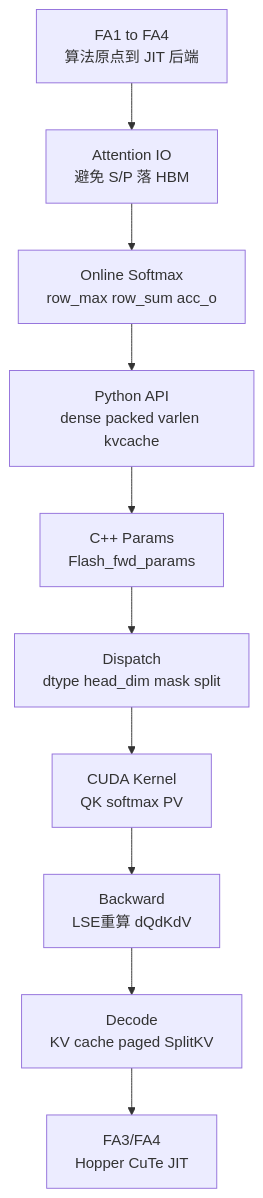
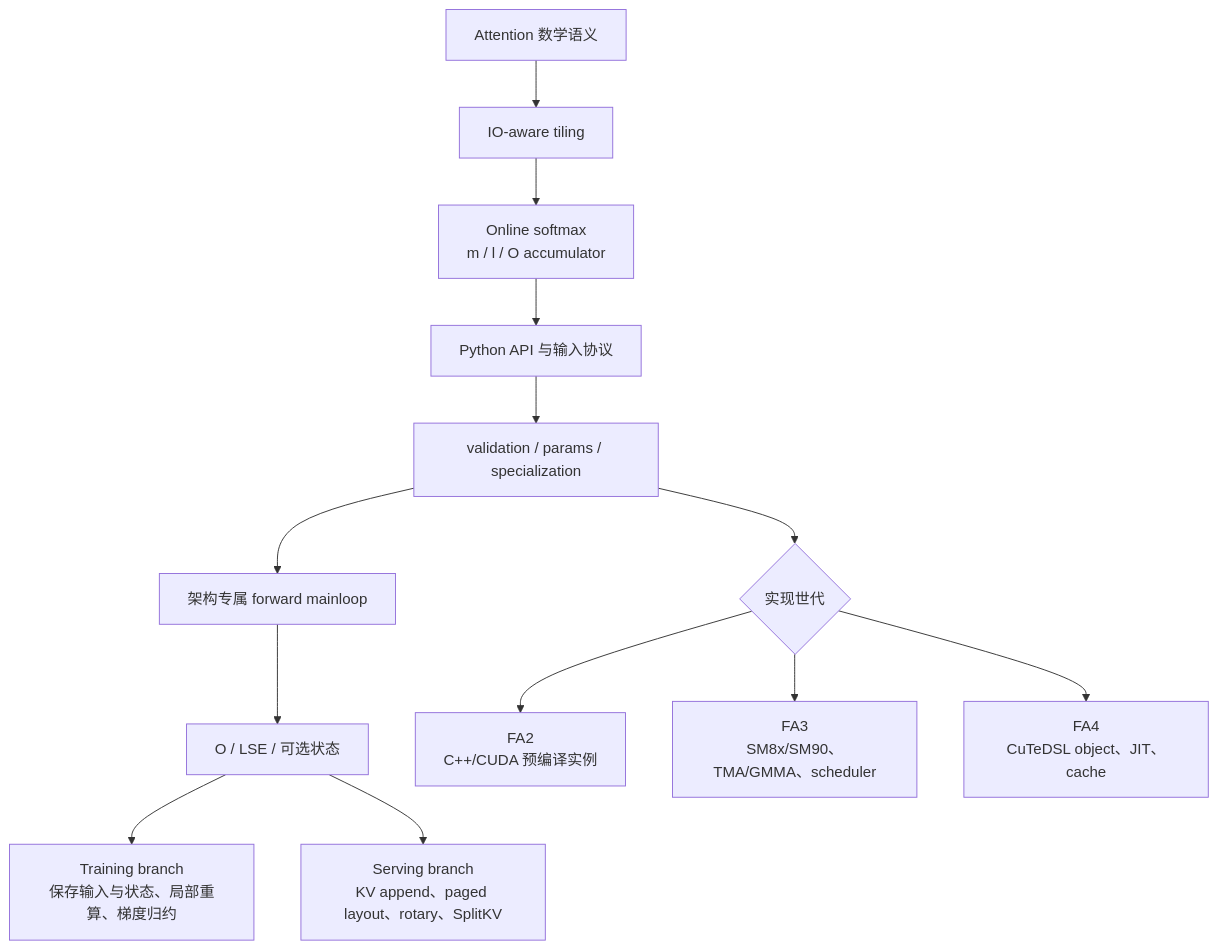
Before and after one commit to OnlyHero5/sglang-reading-vault: the first of 2 diagrams in flash-attn_reading/总结复盘/FlashAttention-总结复盘.md, drawn with Mermaid. The commit also changed other lines of this file and 512 other files, not shown here.

````diff
--- a/flash-attn_reading/总结复盘/FlashAttention-总结复盘.md
+++ b/flash-attn_reading/总结复盘/FlashAttention-总结复盘.md
@@ -42,14 +28,15 @@
 ```mermaid
 flowchart TB
-    IO["Attention IO<br/>避免 S/P 落 HBM"]
-    OS["Online Softmax<br/>row_max row_sum acc_o"]
-    API["Python API<br/>dense packed varlen kvcache"]
-    CPP["C++ Params<br/>Flash_fwd_params"]
-    DIS["Dispatch<br/>dtype head_dim mask split"]
-    KER["CUDA Kernel<br/>QK softmax PV"]
-    BWD["Backward<br/>LSE重算 dQdKdV"]
-    DEC["Decode<br/>KV cache paged SplitKV"]
-    NEW["FA3/FA4<br/>Hopper CuTe JIT"]
-    GEN["FA1 to FA4<br/>算法原点到 JIT 后端"]
-    GEN --> IO --> OS --> API --> CPP --> DIS --> KER --> BWD --> DEC --> NEW
+    A[Attention 数学语义] --> B[IO-aware tiling]
+    B --> C[Online softmax<br/>m / l / O accumulator]
+    C --> D[Python API 与输入协议]
+    D --> E[validation / params / specialization]
+    E --> F[架构专属 forward mainloop]
+    F --> G[O / LSE / 可选状态]
+    G --> T[Training branch<br/>保存输入与状态、局部重算、梯度归约]
+    G --> S[Serving branch<br/>KV append、paged layout、rotary、SplitKV]
+    E --> V{实现世代}
+    V --> V2[FA2<br/>C++/CUDA 预编译实例]
+    V --> V3[FA3<br/>SM8x/SM90、TMA/GMMA、scheduler]
+    V --> V4[FA4<br/>CuTeDSL object、JIT、cache]
 ```
````
